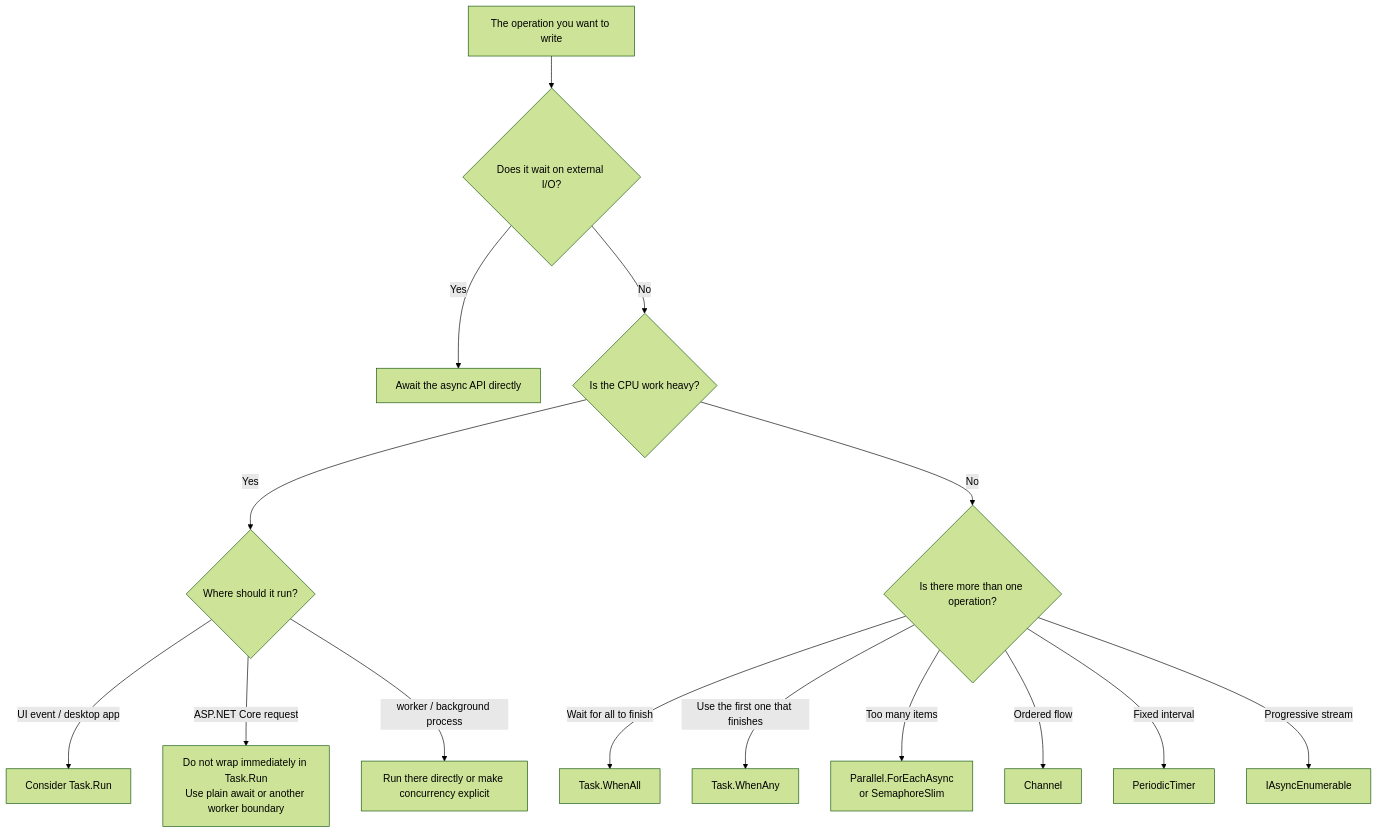
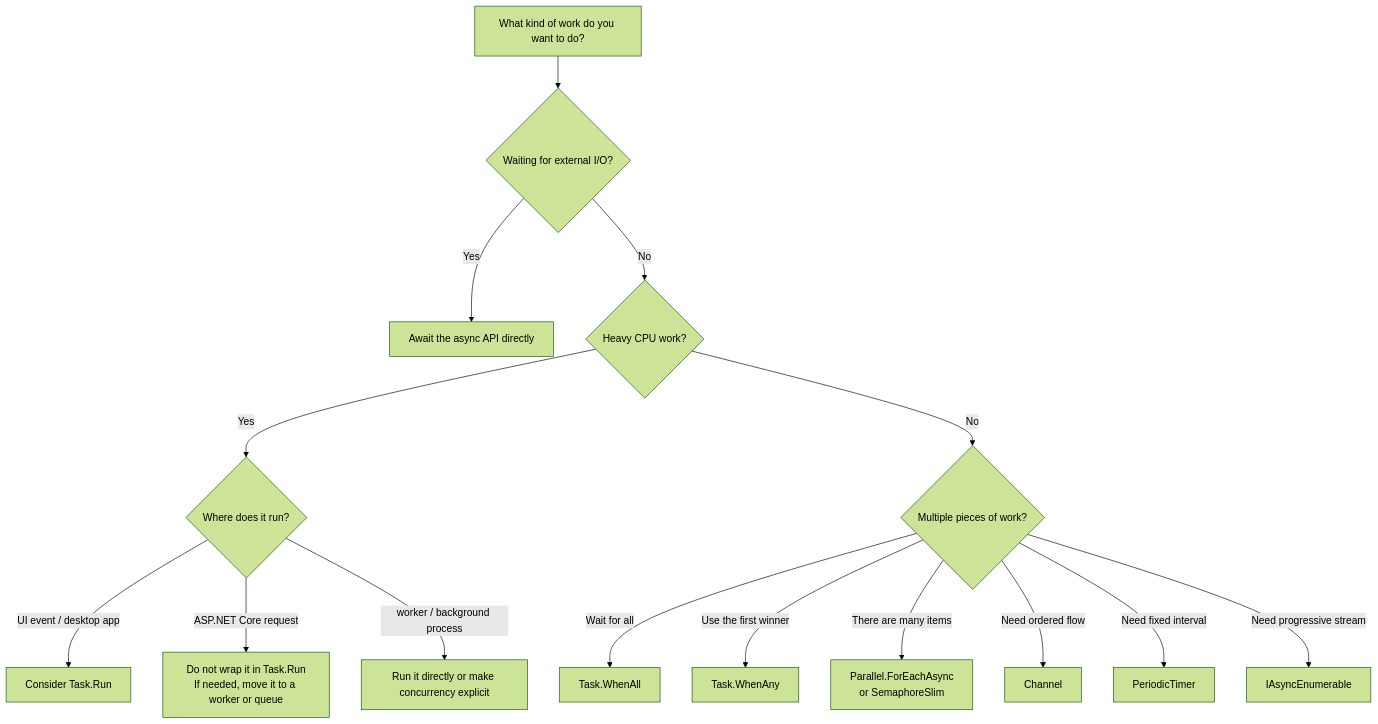
One commit to gomurin0428/KomuraSoftWeb changed the first of 4 diagrams in _posts/2026-03-09-001-csharp-async-await-best-practices-en.md. Above: the diagram before and after it, drawn with Mermaid (forest theme). The commit also changed other lines of this file and 4 other files, not shown here.

````diff
--- a/_posts/2026-03-09-001-csharp-async-await-best-practices-en.md
+++ b/_posts/2026-03-09-001-csharp-async-await-best-practices-en.md
@@ -153,17 +149,17 @@
 ```mermaid
 flowchart TD
-    start["The operation you want to write"] --> q1{"Does it wait on external I/O?"}
+    start["What kind of work do you want to do?"] --> q1{"Waiting for external I/O?"}
     q1 -- "Yes" --> p1["Await the async API directly"]
-    q1 -- "No" --> q2{"Is the CPU work heavy?"}
-    q2 -- "Yes" --> q3{"Where should it run?"}
+    q1 -- "No" --> q2{"Heavy CPU work?"}
+    q2 -- "Yes" --> q3{"Where does it run?"}
     q3 -- "UI event / desktop app" --> p2["Consider Task.Run"]
-    q3 -- "ASP.NET Core request" --> p3["Do not wrap immediately in Task.Run<br/>Use plain await or another worker boundary"]
-    q3 -- "worker / background process" --> p4["Run there directly or make concurrency explicit"]
-    q2 -- "No" --> q4{"Is there more than one operation?"}
-    q4 -- "Wait for all to finish" --> p5["Task.WhenAll"]
-    q4 -- "Use the first one that finishes" --> p6["Task.WhenAny"]
-    q4 -- "Too many items" --> p7["Parallel.ForEachAsync<br/>or SemaphoreSlim"]
-    q4 -- "Ordered flow" --> p8["Channel<T>"]
-    q4 -- "Fixed interval" --> p9["PeriodicTimer"]
-    q4 -- "Progressive stream" --> p10["IAsyncEnumerable<T>"]
+    q3 -- "ASP.NET Core request" --> p3["Do not wrap it in Task.Run<br/>If needed, move it to a worker or queue"]
+    q3 -- "worker / background process" --> p4["Run it directly or make concurrency explicit"]
+    q2 -- "No" --> q4{"Multiple pieces of work?"}
+    q4 -- "Wait for all" --> p5["Task.WhenAll"]
+    q4 -- "Use the first winner" --> p6["Task.WhenAny"]
+    q4 -- "There are many items" --> p7["Parallel.ForEachAsync<br/>or SemaphoreSlim"]
+    q4 -- "Need ordered flow" --> p8["Channel<T>"]
+    q4 -- "Need fixed interval" --> p9["PeriodicTimer"]
+    q4 -- "Need progressive stream" --> p10["IAsyncEnumerable<T>"]
 ```
````
